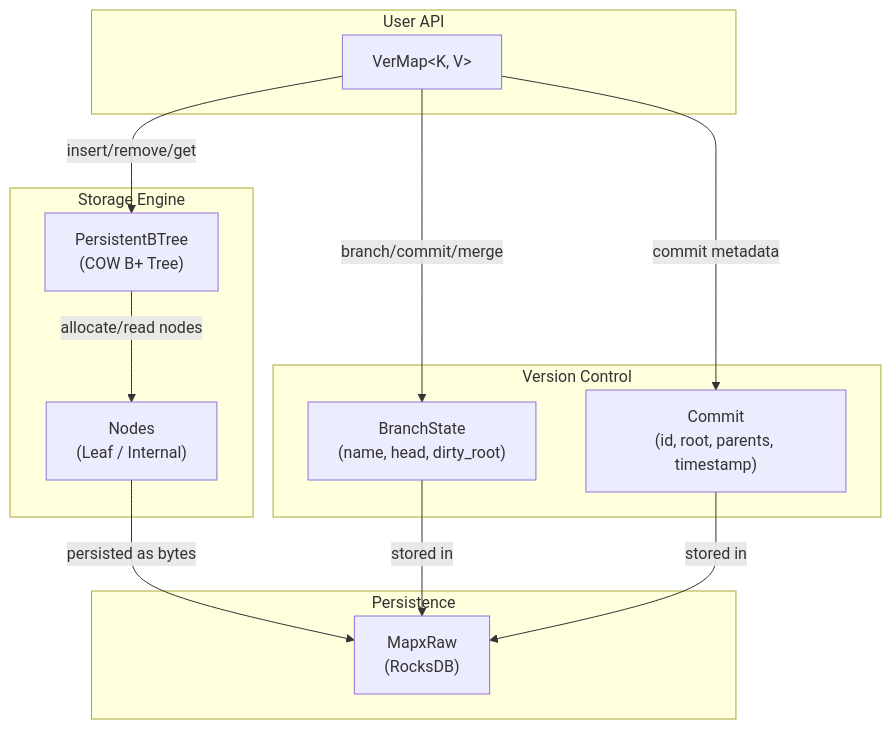
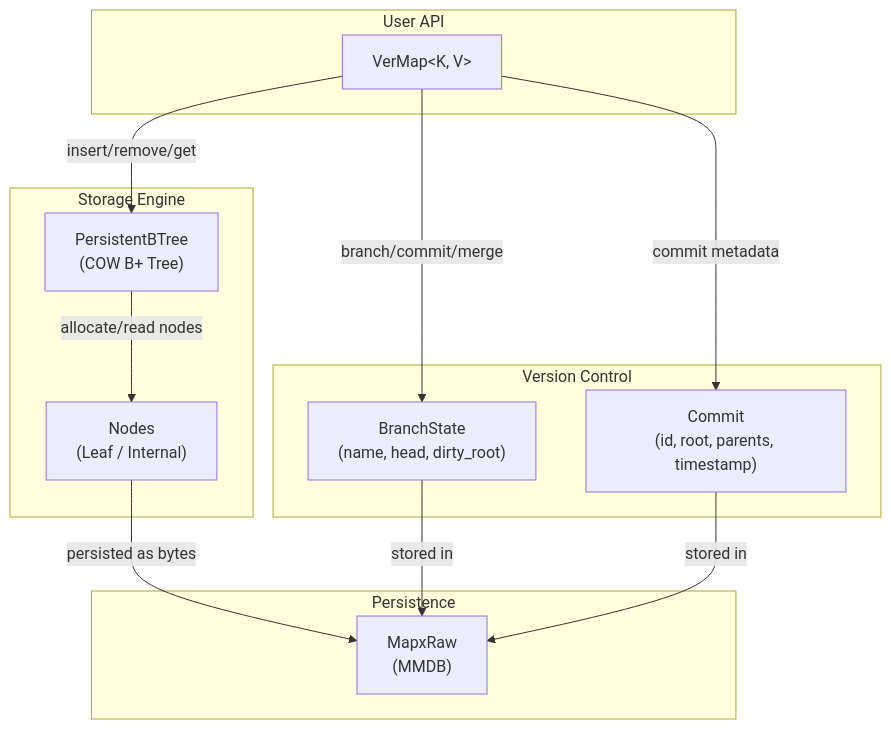
The first of 19 diagrams in strata/docs/versioned.md (rust-util-collections/vsdb), drawn with Mermaid before and after one commit. The commit also changed other lines of this file and 6 other files, not shown here.

````diff
--- a/strata/docs/versioned.md
+++ b/strata/docs/versioned.md
@@ -24,28 +24,28 @@
 ```mermaid
 graph TB
     subgraph "User API"
         VM["VerMap&lt;K, V&gt;"]
     end
 
     subgraph "Version Control"
         BR["BranchState<br/>(name, head, dirty_root)"]
         CM["Commit<br/>(id, root, parents, timestamp)"]
     end
 
     subgraph "Storage Engine"
         BT["PersistentBTree<br/>(COW B+ Tree)"]
         ND["Nodes<br/>(Leaf / Internal)"]
     end
 
     subgraph "Persistence"
-        MR["MapxRaw<br/>(RocksDB)"]
+        MR["MapxRaw<br/>(MMDB)"]
     end
 
     VM -->|"branch/commit/merge"| BR
     VM -->|"commit metadata"| CM
     VM -->|"insert/remove/get"| BT
     BT -->|"allocate/read nodes"| ND
     ND -->|"persisted as bytes"| MR
     BR -->|"stored in"| MR
     CM -->|"stored in"| MR
 ```
````
